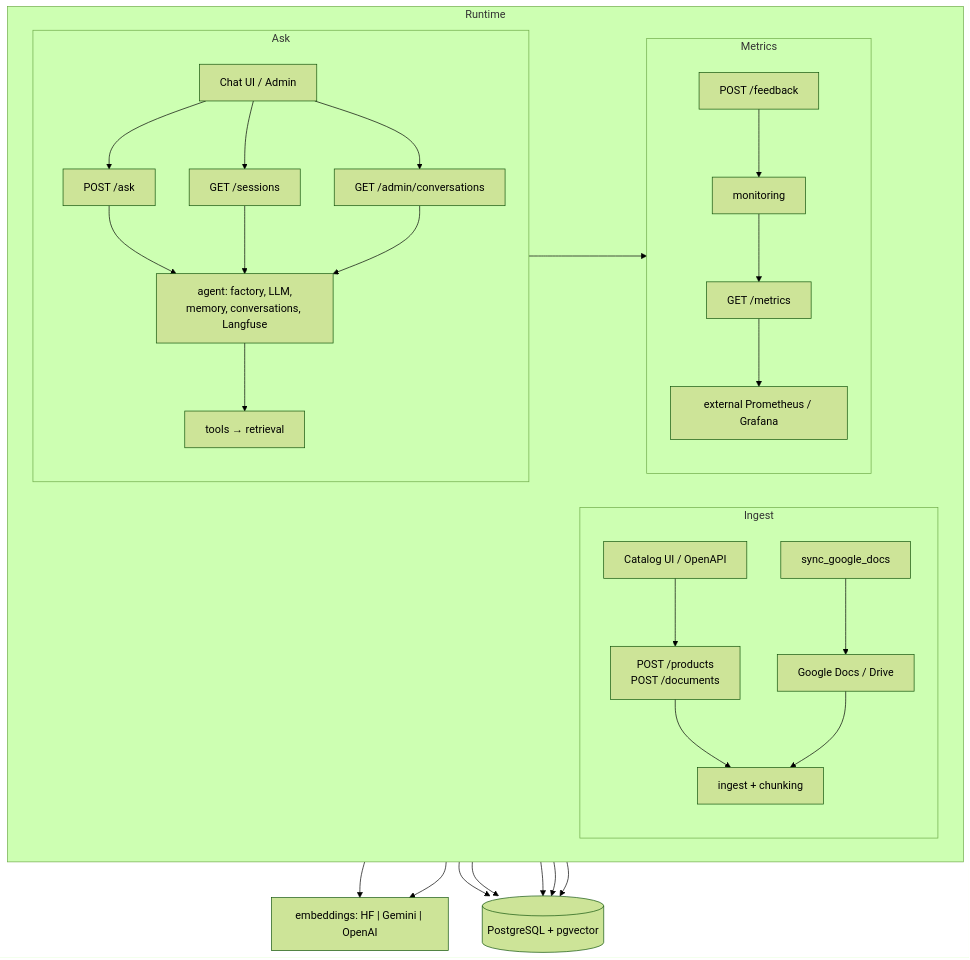
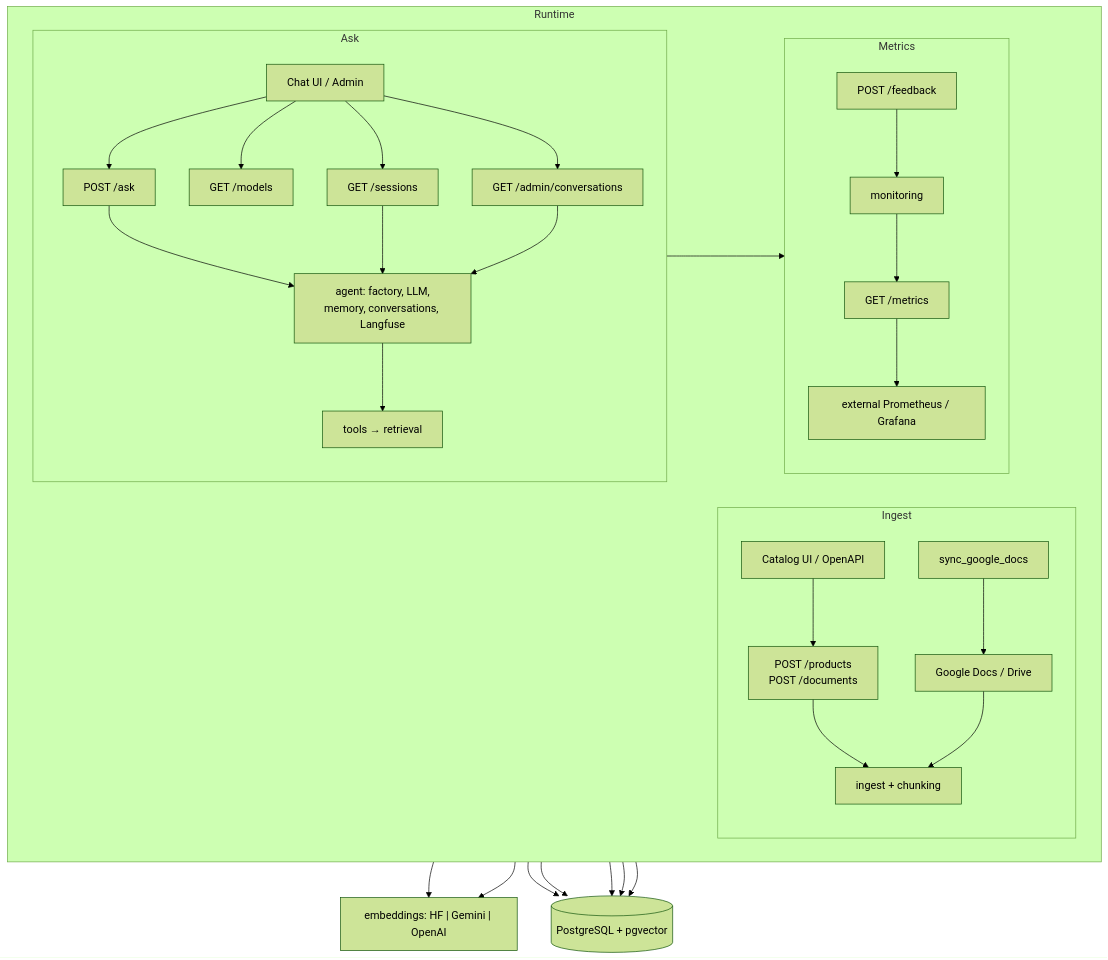
Before and after one commit to JJTorresDS/knowledge-agent: the second of 5 diagrams in architecture.md, drawn with Mermaid (forest theme). The commit also changed other lines of this file and 9 other files, not shown here.

````diff
--- a/architecture.md
+++ b/architecture.md
@@ -80,52 +80,54 @@
 ```mermaid
 flowchart TB
     subgraph paths [Runtime]
         direction LR
 
         subgraph askPath [Ask]
             direction TB
             Chat["Chat UI / Admin"]
             Ask["POST /ask"]
+            Models["GET /models"]
             Sessions["GET /sessions"]
             AdminList["GET /admin/conversations"]
             Agent["agent: factory, LLM,<br/>memory, conversations, Langfuse"]
             Tools["tools → retrieval"]
             Chat --> Ask --> Agent --> Tools
+            Chat --> Models
             Chat --> Sessions --> Agent
             Chat --> AdminList --> Agent
         end
 
         subgraph ingestPath [Ingest]
             direction TB
             Src["Catalog UI / OpenAPI"]
             IngEP["POST /products<br/>POST /documents"]
             Ing["ingest + chunking"]
             Job["sync_google_docs"]
             GDocs["Google Docs / Drive"]
             Src --> IngEP --> Ing
             Job --> GDocs --> Ing
         end
 
         subgraph opsPath [Metrics]
             direction TB
             FB["POST /feedback"]
             Met["GET /metrics"]
             Mon["monitoring"]
             Obs["external Prometheus / Grafana"]
             FB --> Mon --> Met
             Met --> Obs
         end
     end
 
     Emb["embeddings: HF | Gemini | OpenAI"]
     PG[(PostgreSQL + pgvector)]
 
     Ask --> Mon
     Tools --> Emb
     Ing --> Emb
     Agent --> PG
     Tools --> PG
     Ing --> PG
     Mon --> PG
     Obs --> PG
 ```
````
